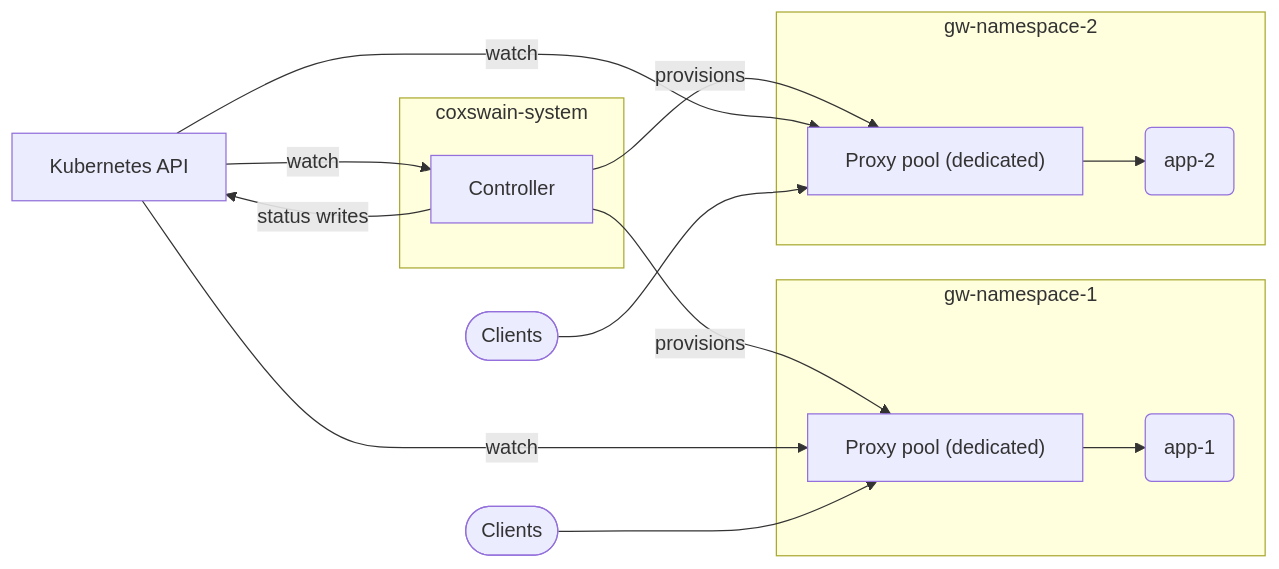
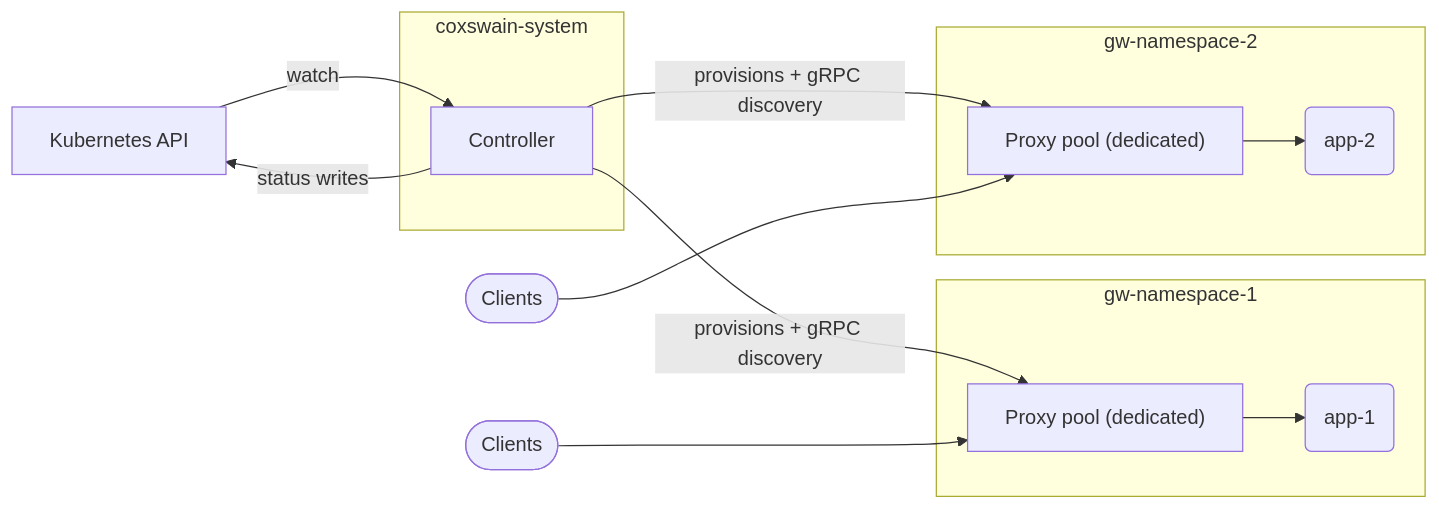
One commit to coxswain-labs/coxswain changed the fifth of 6 diagrams in docs/src/architecture.md. Above: the diagram before and after it, drawn with Mermaid. The commit also changed other lines of this file and 15 other files, not shown here.

````diff
--- a/docs/src/architecture.md
+++ b/docs/src/architecture.md
@@ -170,30 +189,27 @@
 ```mermaid
 flowchart LR
     K8s[Kubernetes API]
 
     subgraph cs[coxswain-system]
         C[Controller]
     end
 
     subgraph ns_a[gw-namespace-1]
         GPA["Proxy pool (dedicated)"]
         A1(app-1)
     end
 
     subgraph ns_b[gw-namespace-2]
         GPB["Proxy pool (dedicated)"]
         A2(app-2)
     end
 
     K8s -->|watch| C
     C -->|status writes| K8s
-    C -->|provisions| GPA
-    C -->|provisions| GPB
-    K8s -->|watch| GPA
-    K8s -->|watch| GPB
+    C -->|provisions + gRPC discovery| GPA & GPB
 
     ClientsA([Clients]) --> GPA
     ClientsB([Clients]) --> GPB
     GPA --> A1
     GPB --> A2
 ```
````
